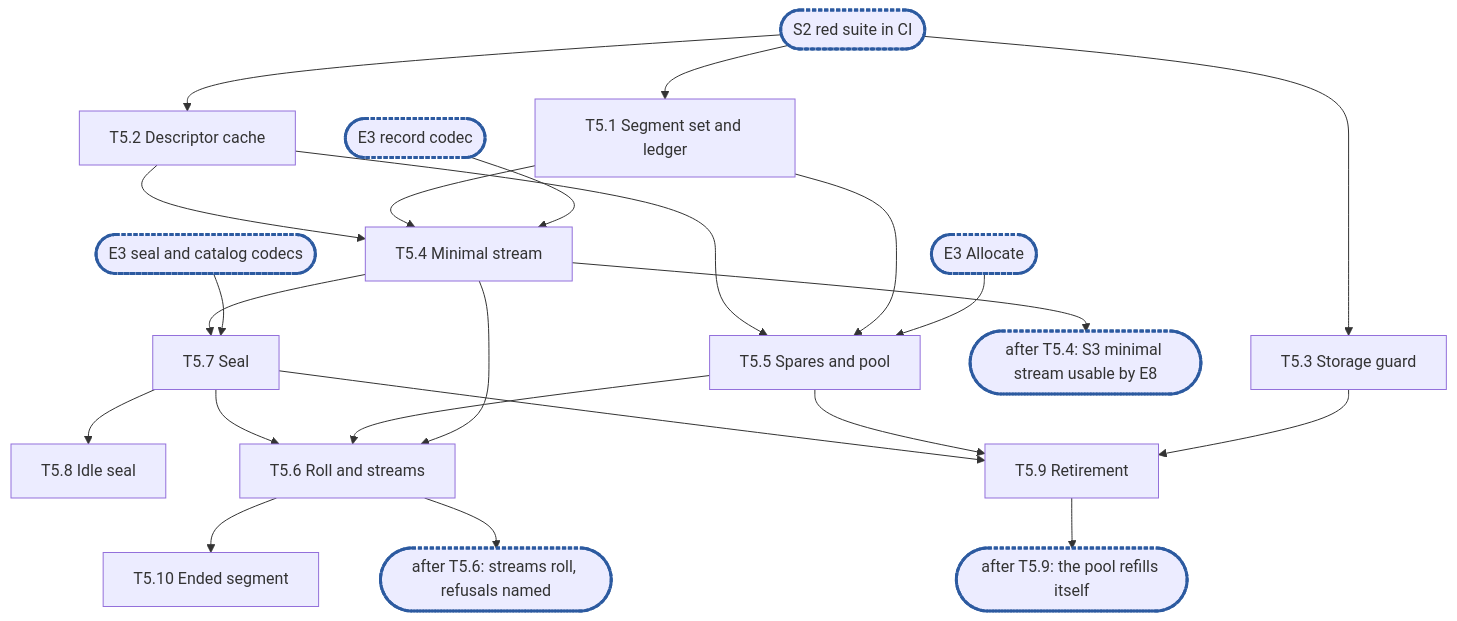
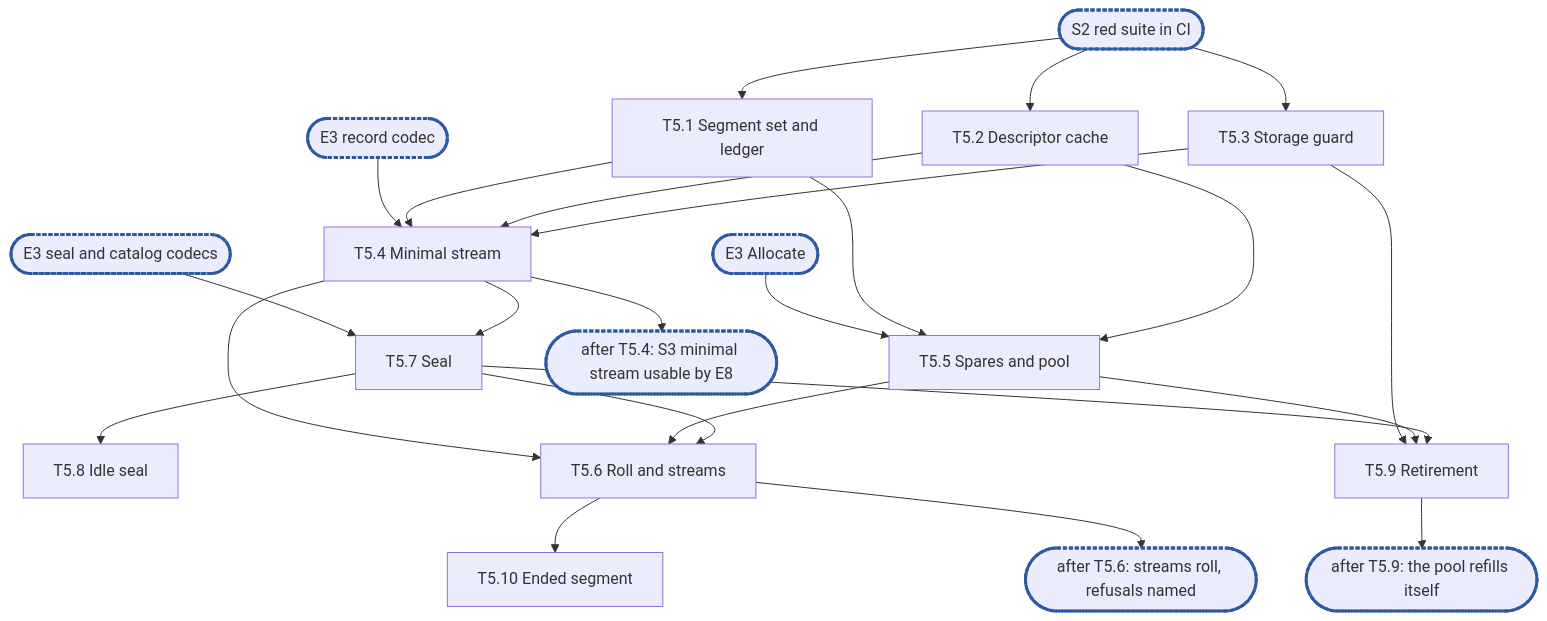
The diagram in docs/internals/planning/rfc-1-journal-epic5.md (marmos91/dittofs), drawn with Mermaid before and after one commit. The commit also changed other lines of this file, not shown here.

````diff
--- a/docs/internals/planning/rfc-1-journal-epic5.md
+++ b/docs/internals/planning/rfc-1-journal-epic5.md
@@ -644,26 +706,27 @@
 ```mermaid
 flowchart TD
   S2(["S2 red suite in CI"]):::sync --> T1["T5.1 Segment set and ledger"]
   S2 --> T2["T5.2 Descriptor cache"]
   S2 --> T3["T5.3 Storage guard"]
   E3r(["E3 record codec"]):::sync --> T4
   E3a(["E3 Allocate"]):::sync --> T5
   E3s(["E3 seal and catalog codecs"]):::sync --> T7
   T1 --> T4["T5.4 Minimal stream"]
   T2 --> T4
+  T3 --> T4
   T1 --> T5["T5.5 Spares and pool"]
   T2 --> T5
   T4 --> C1(["after T5.4: S3 minimal stream usable by E8"]):::sync
   T4 --> T7["T5.7 Seal"]
   T7 --> T8["T5.8 Idle seal"]
   T4 --> T6["T5.6 Roll and streams"]
   T5 --> T6
   T7 --> T6
   T6 --> T10["T5.10 Ended segment"]
   T3 --> T9["T5.9 Retirement"]
   T5 --> T9
   T7 --> T9
   T6 --> C2(["after T5.6: streams roll, refusals named"]):::sync
   T9 --> C3(["after T5.9: the pool refills itself"]):::sync
   classDef sync stroke:#2c5aa0,stroke-width:3px,stroke-dasharray:4 2
 ```
````
